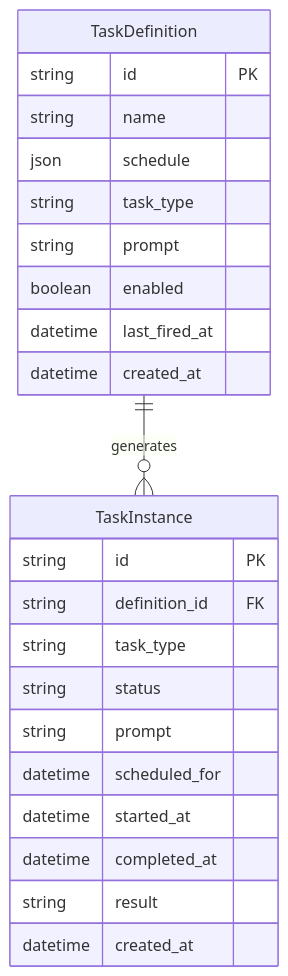
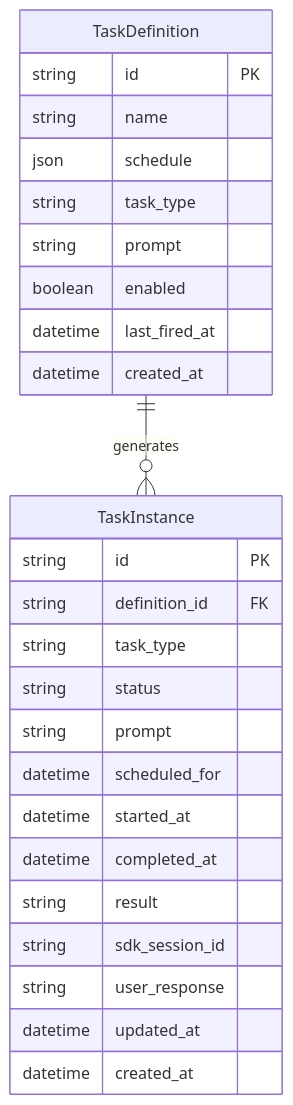
One commit to asermax/tachikoma changed the second of 3 diagrams in docs/feature-designs/tasks/task-management.md. Above: the diagram before and after it, drawn with Mermaid. The commit also changed other lines of this file and 6 other files, not shown here.

````diff
--- a/docs/feature-designs/tasks/task-management.md
+++ b/docs/feature-designs/tasks/task-management.md
@@ -121,26 +124,29 @@
 ```mermaid
 erDiagram
     TaskDefinition ||--o{ TaskInstance : "generates"
     TaskDefinition {
         string id PK
         string name
         json schedule
         string task_type
         string prompt
         boolean enabled
         datetime last_fired_at
         datetime created_at
     }
     TaskInstance {
         string id PK
         string definition_id FK
         string task_type
         string status
         string prompt
         datetime scheduled_for
         datetime started_at
         datetime completed_at
         string result
+        string sdk_session_id
+        string user_response
+        datetime updated_at
         datetime created_at
     }
 ```
````
